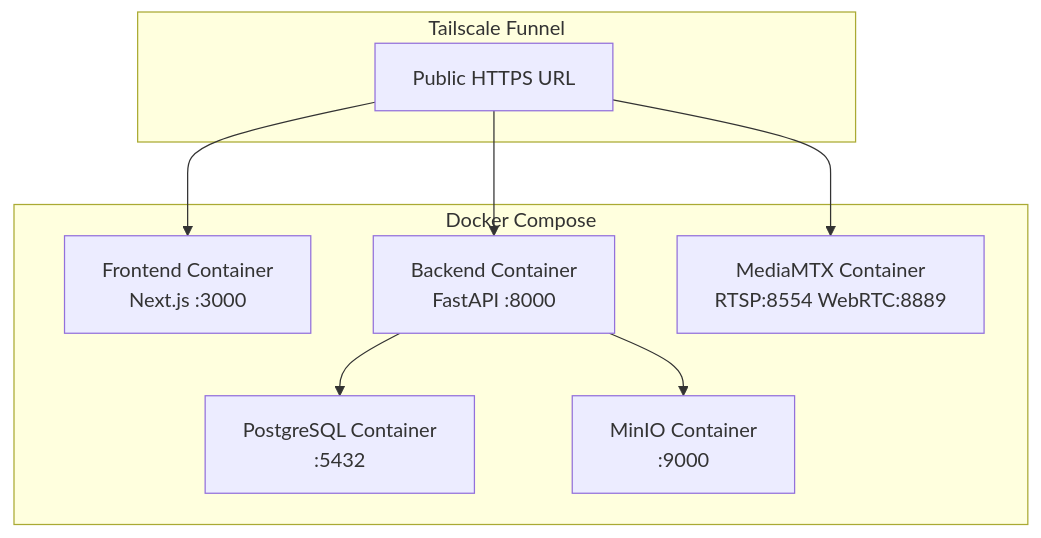
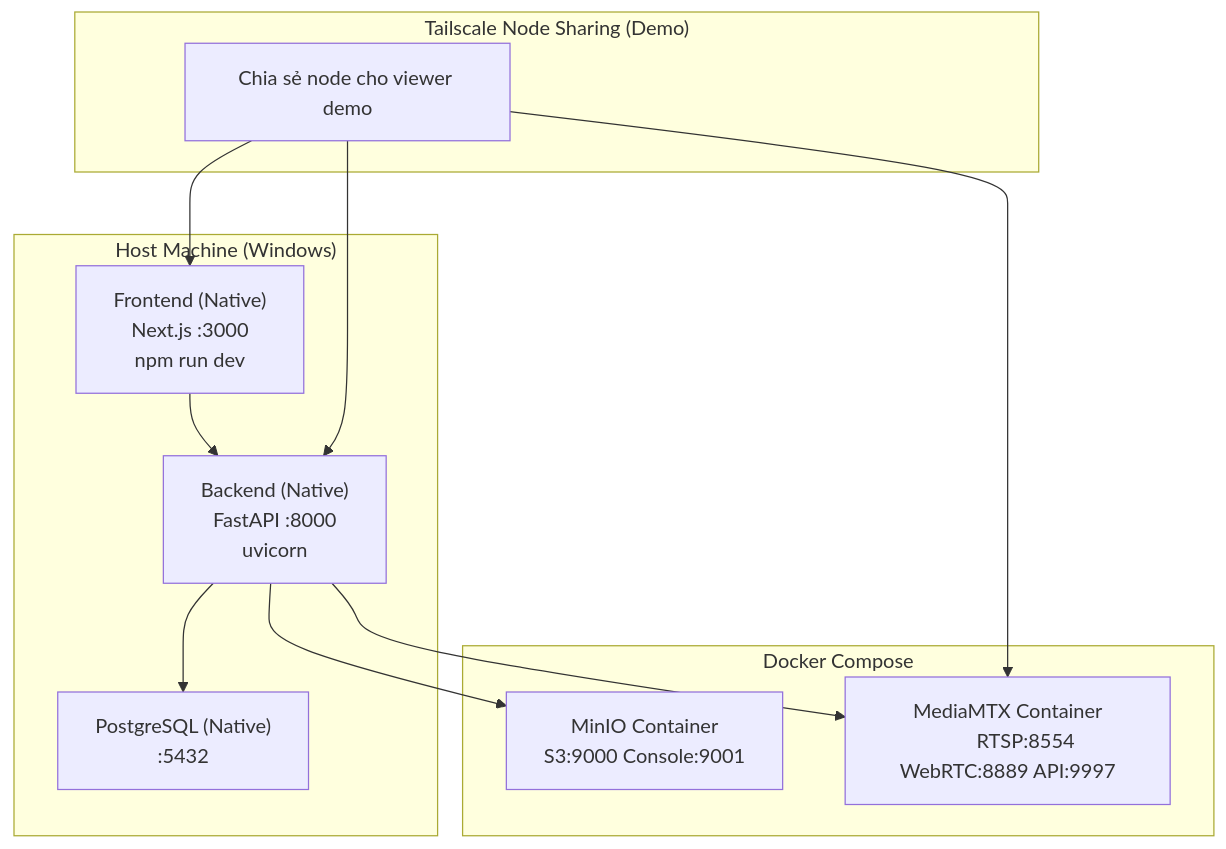
One commit to 20225760kquang/CNWEB_20252 changed the tenth of 10 diagrams in cam.ai/system_design_2_roles.md. Above: the diagram before and after it, drawn with Mermaid. The commit also changed other lines of this file, not shown here.

````diff
--- a/cam.ai/system_design_2_roles.md
+++ b/cam.ai/system_design_2_roles.md
@@ -636,17 +982,28 @@
 ```mermaid
 graph TB
-    subgraph Tunnel["Tailscale Funnel"]
-        TS[Public HTTPS URL]
+    subgraph Tailscale["Tailscale Node Sharing (Demo)"]
+        TS[Chia sẻ node cho viewer demo]
+    end
+
+    subgraph Host["Host Machine (Windows)"]
+        FE_N["Frontend (Native)
+        Next.js :3000
+        npm run dev"]
+        BE_N["Backend (Native)
+        FastAPI :8000
+        uvicorn"]
+        PG_N["PostgreSQL (Native)
+        :5432"]
     end
 
     subgraph Docker["Docker Compose"]
-        FE_C[Frontend Container<br>Next.js :3000]
-        BE_C[Backend Container<br>FastAPI :8000]
-        MTX_C[MediaMTX Container<br>RTSP:8554 WebRTC:8889]
-        PG_C[PostgreSQL Container<br>:5432]
-        MINIO_C[MinIO Container<br>:9000]
+        MTX_C["MediaMTX Container
+        RTSP:8554 WebRTC:8889 API:9997"]
+        MINIO_C["MinIO Container
+        S3:9000 Console:9001"]
     end
 
-    TS --> FE_C & BE_C & MTX_C
-    BE_C --> PG_C & MINIO_C
+    TS --> FE_N & BE_N & MTX_C
+    BE_N --> PG_N & MINIO_C & MTX_C
+    FE_N --> BE_N
 ```
````
